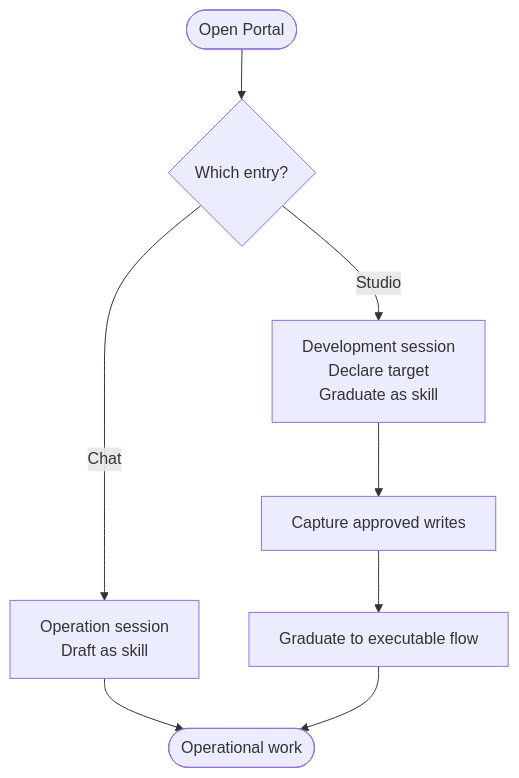
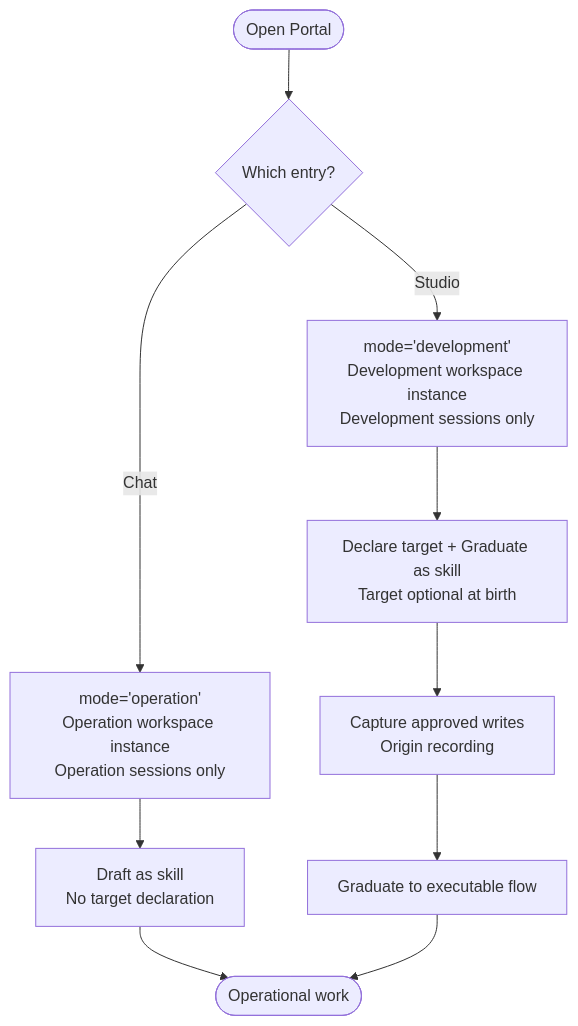
The third of 8 diagrams in .qoder/repowiki/en/content/Getting Started/Studio Guide.md (metasync/luban-aiops), drawn with Mermaid before and after one commit. The commit also changed other lines of this file and 4 other files, not shown here.

````diff
--- a/.qoder/repowiki/en/content/Getting Started/Studio Guide.md
+++ b/.qoder/repowiki/en/content/Getting Started/Studio Guide.md
@@ -127,10 +154,12 @@
 ```mermaid
 flowchart TD
 Start(["Open Portal"]) --> Choice{"Which entry?"}
-Choice --> |Chat| Op["Operation session<br/>Draft as skill"]
-Choice --> |Studio| Dev["Development session<br/>Declare target<br/>Graduate as skill"]
-Op --> End(["Operational work"])
-Dev --> Trace["Capture approved writes"]
+Choice --> |Chat| OpMode["mode='operation'<br/>Operation workspace instance<br/>Operation sessions only"]
+Choice --> |Studio| DevMode["mode='development'<br/>Development workspace instance<br/>Development sessions only"]
+OpMode --> OpControls["Draft as skill<br/>No target declaration"]
+DevMode --> DevControls["Declare target + Graduate as skill<br/>Target optional at birth"]
+OpControls --> End(["Operational work"])
+DevControls --> Trace["Capture approved writes<br/>Origin recording"]
 Trace --> Grad["Graduate to executable flow"]
 Grad --> End
 ```
````
